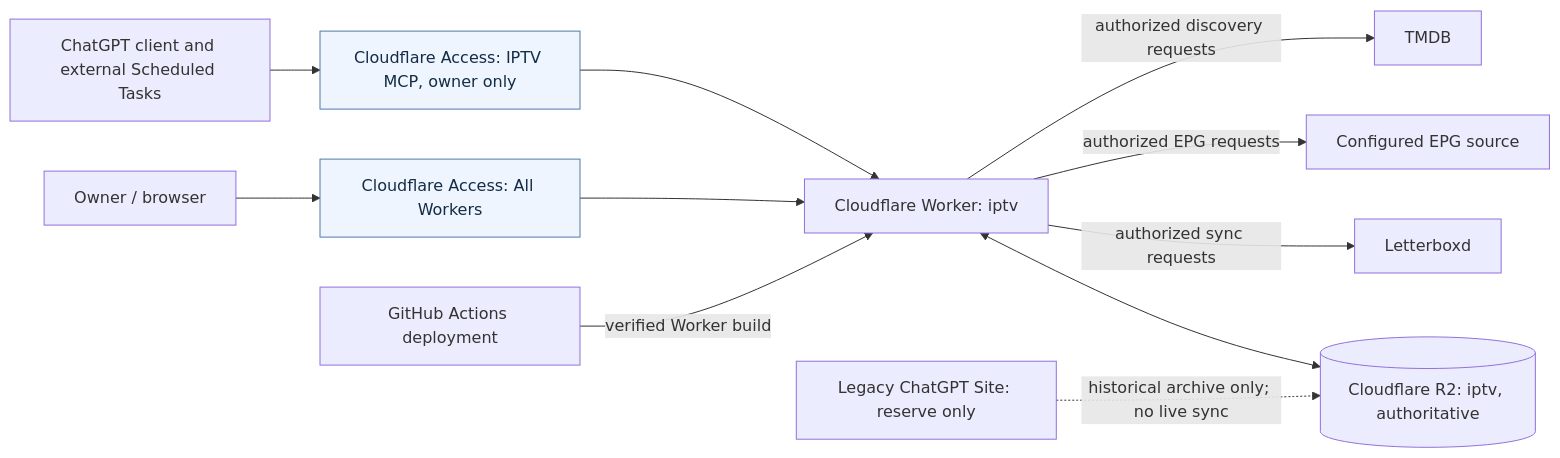
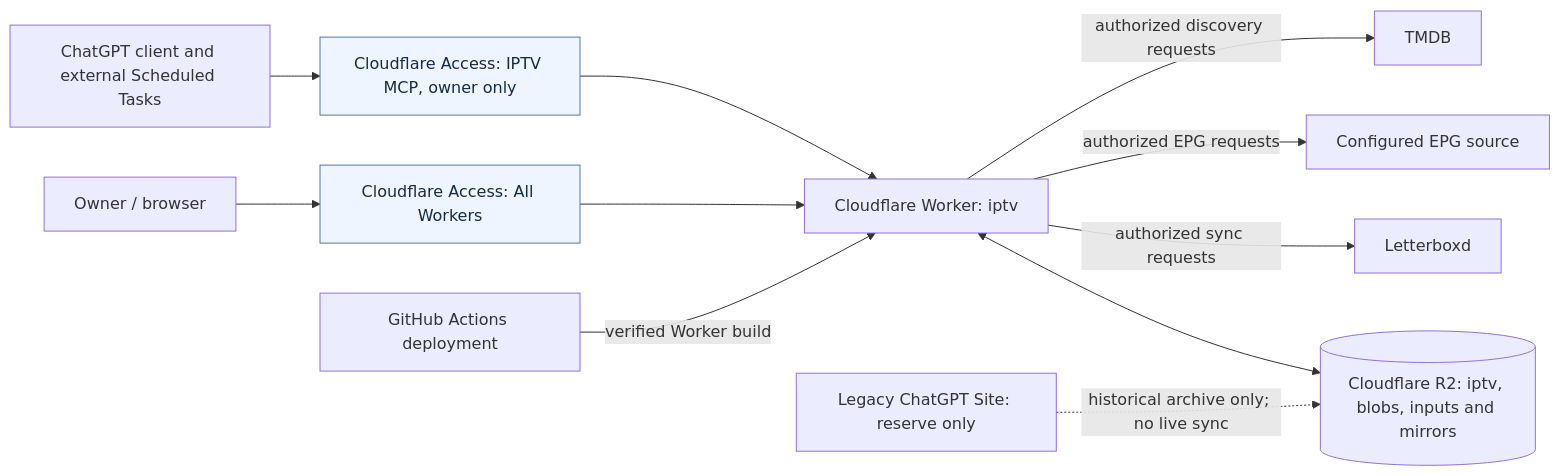
One commit to vladimino/iptv-watchlist changed the diagram in docs/architecture/system-context.md. Above: the diagram before and after it, drawn with Mermaid. The commit also changed other lines of this file and 15 other files, not shown here.

````diff
--- a/docs/architecture/system-context.md
+++ b/docs/architecture/system-context.md
@@ -5,24 +5,24 @@
 ```mermaid
 flowchart LR
     viewer["Owner / browser"]
     agent["ChatGPT client and external Scheduled Tasks"]
     accessWeb["Cloudflare Access: All Workers"]
     accessMcp["Cloudflare Access: IPTV MCP, owner only"]
     worker["Cloudflare Worker: iptv"]
-    r2[("Cloudflare R2: iptv, authoritative")]
+    r2[("Cloudflare R2: iptv, blobs, inputs and mirrors")]
     lb["Letterboxd"]
     epg["Configured EPG source"]
     tmdb["TMDB"]
     github["GitHub Actions deployment"]
     legacy["Legacy ChatGPT Site: reserve only"]
     viewer --> accessWeb --> worker
     agent --> accessMcp --> worker
     worker <--> r2
     worker -->|authorized sync requests| lb
     worker -->|authorized EPG requests| epg
     worker -->|authorized discovery requests| tmdb
     github -->|verified Worker build| worker
     legacy -.->|historical archive only; no live sync| r2
     classDef boundary fill:#eef5ff,stroke:#5279a9,color:#142c45
     class accessWeb,accessMcp boundary
 ```
````
